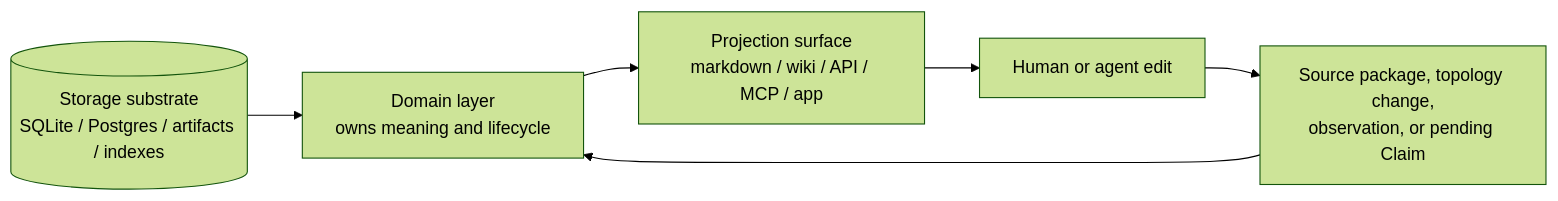
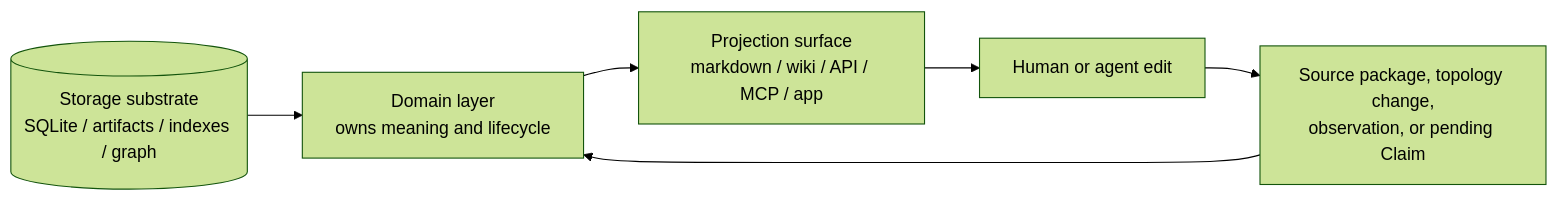
One commit to Miosa-osa/OptimalEngine changed the third of 5 diagrams in docs/README.md. Above: the diagram before and after it, drawn with Mermaid (forest theme). The commit also changed other lines of this file and 31 other files, not shown here.

````diff
--- a/docs/README.md
+++ b/docs/README.md
@@ -180,14 +180,14 @@
 ```mermaid
 flowchart LR
-  Store[(Storage substrate<br/>SQLite / Postgres / artifacts / indexes)]
+  Store[(Storage substrate<br/>SQLite / artifacts / indexes / graph)]
   Layer[Domain layer<br/>owns meaning and lifecycle]
   Surface[Projection surface<br/>markdown / wiki / API / MCP / app]
   Edit[Human or agent edit]
   Review[Source package, topology change,<br/>observation, or pending Claim]
 
   Store --> Layer
   Layer --> Surface
   Surface --> Edit
   Edit --> Review
   Review --> Layer
 ```
````
